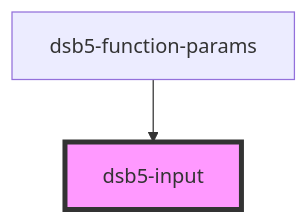
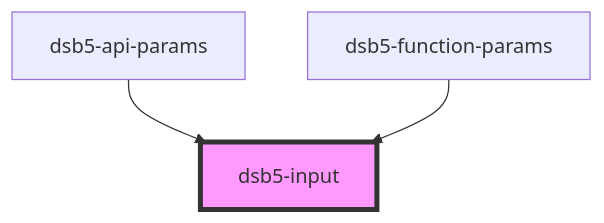
One commit to xinFengQi/ds changed the diagram in bootstrap5_stencil/src/components/dsb5-input/readme.md. Above: the diagram before and after it, drawn with Mermaid. The commit also changed other lines of this file and 24 other files, not shown here.

````diff
--- a/bootstrap5_stencil/src/components/dsb5-input/readme.md
+++ b/bootstrap5_stencil/src/components/dsb5-input/readme.md
@@ -55,5 +56,6 @@
 ```mermaid
 graph TD;
+  dsb5-api-params --> dsb5-input
   dsb5-function-params --> dsb5-input
   style dsb5-input fill:#f9f,stroke:#333,stroke-width:4px
 ```
````
